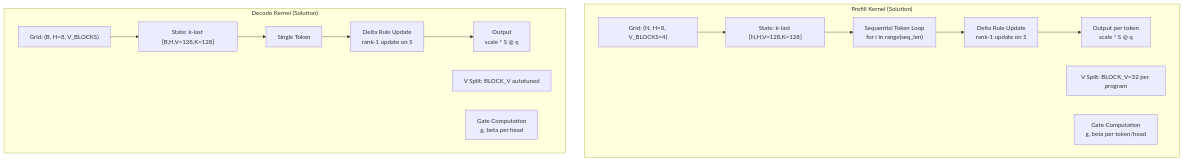
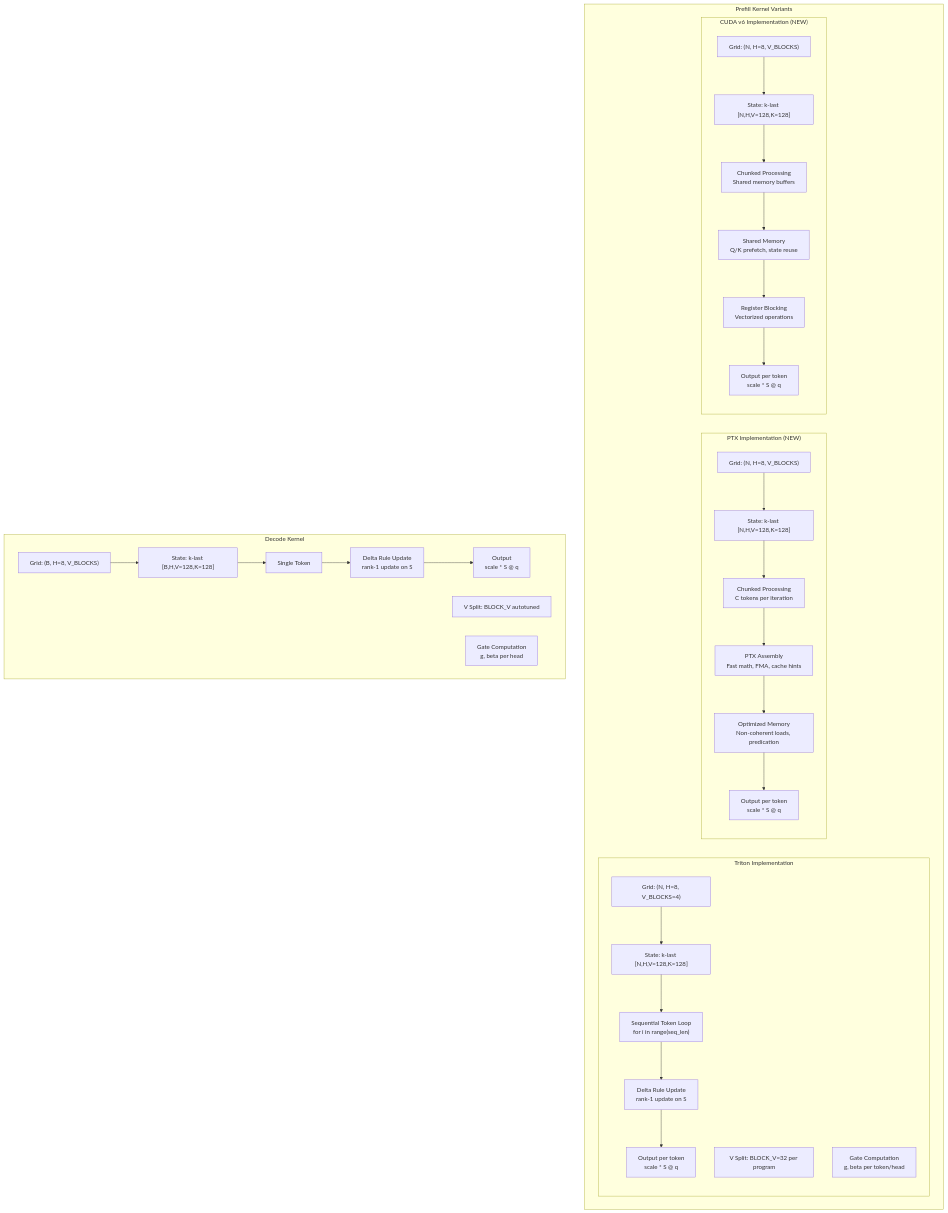
The second of 6 diagrams in .qoder/repowiki/en/content/Core Kernels/GDN Prefill Kernel.md (gugudeshubao/flashinfer-bench-tma-thrust), drawn with Mermaid before and after one commit. The commit also changed other lines of this file and 19 other files, not shown here.

First line of the commit message:
perf(decode): add cp.async prefetch for memory latency hiding

````diff
--- a/.qoder/repowiki/en/content/Core Kernels/GDN Prefill Kernel.md
+++ b/.qoder/repowiki/en/content/Core Kernels/GDN Prefill Kernel.md
@@ -117,23 +137,43 @@
 ```mermaid
 graph TB
-subgraph "Prefill Kernel (Solution)"
+subgraph "Prefill Kernel Variants"
+subgraph "Triton Implementation"
 PGrid["Grid: (N, H=8, V_BLOCKS=4)"]
 PState["State: k-last [N,H,V=128,K=128]"]
 PSeq["Sequential Token Loop<br/>for i in range(seq_len)"]
 PVSplit["V Split: BLOCK_V=32 per program"]
 PGates["Gate Computation<br/>g, beta per token/head"]
 PDelta["Delta Rule Update<br/>rank-1 update on S"]
 POut["Output per token<br/>scale * S @ q"]
 end
-subgraph "Decode Kernel (Solution)"
+subgraph "PTX Implementation (NEW)"
+PTXGrid["Grid: (N, H=8, V_BLOCKS)"]
+PTXState["State: k-last [N,H,V=128,K=128]"]
+PTXChunk["Chunked Processing<br/>C tokens per iteration"]
+PTXPTX["PTX Assembly<br/>Fast math, FMA, cache hints"]
+PTXOpt["Optimized Memory<br/>Non-coherent loads, predication"]
+PTXOut["Output per token<br/>scale * S @ q"]
+end
+subgraph "CUDA v6 Implementation (NEW)"
+V6Grid["Grid: (N, H=8, V_BLOCKS)"]
+V6State["State: k-last [N,H,V=128,K=128]"]
+V6Chunk["Chunked Processing<br/>Shared memory buffers"]
+V6SMEM["Shared Memory<br/>Q/K prefetch, state reuse"]
+V6Opt["Register Blocking<br/>Vectorized operations"]
+V6Out["Output per token<br/>scale * S @ q"]
+end
+end
+subgraph "Decode Kernel"
 DGrid["Grid: (B, H=8, V_BLOCKS)"]
 DState["State: k-last [B,H,V=128,K=128]"]
 DSingle["Single Token"]
 DVSplit["V Split: BLOCK_V autotuned"]
 DGates["Gate Computation<br/>g, beta per head"]
 DDelta["Delta Rule Update<br/>rank-1 update on S"]
 DOut["Output<br/>scale * S @ q"]
 end
 PGrid --> PState --> PSeq --> PDelta --> POut
+PTXGrid --> PTXState --> PTXChunk --> PTXPTX --> PTXOpt --> PTXOut
+V6Grid --> V6State --> V6Chunk --> V6SMEM --> V6Opt --> V6Out
 DGrid --> DState --> DSingle --> DDelta --> DOut
 ```
````
